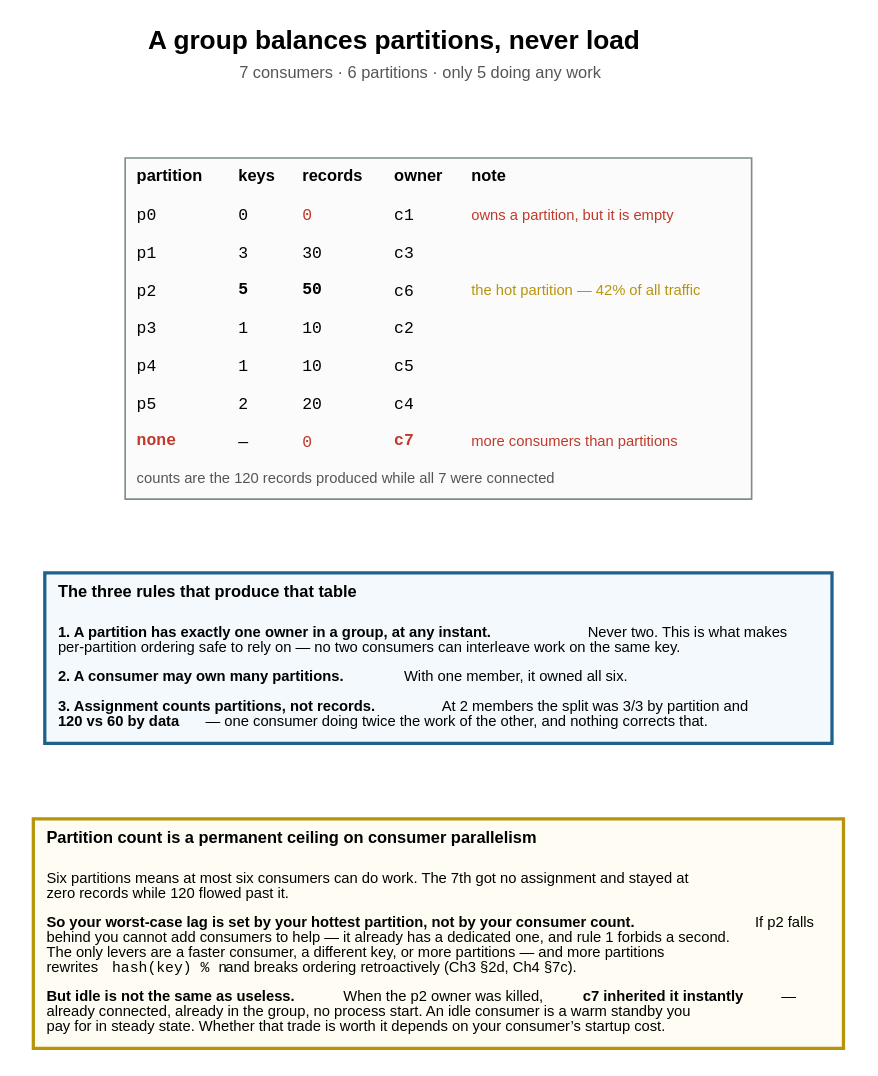
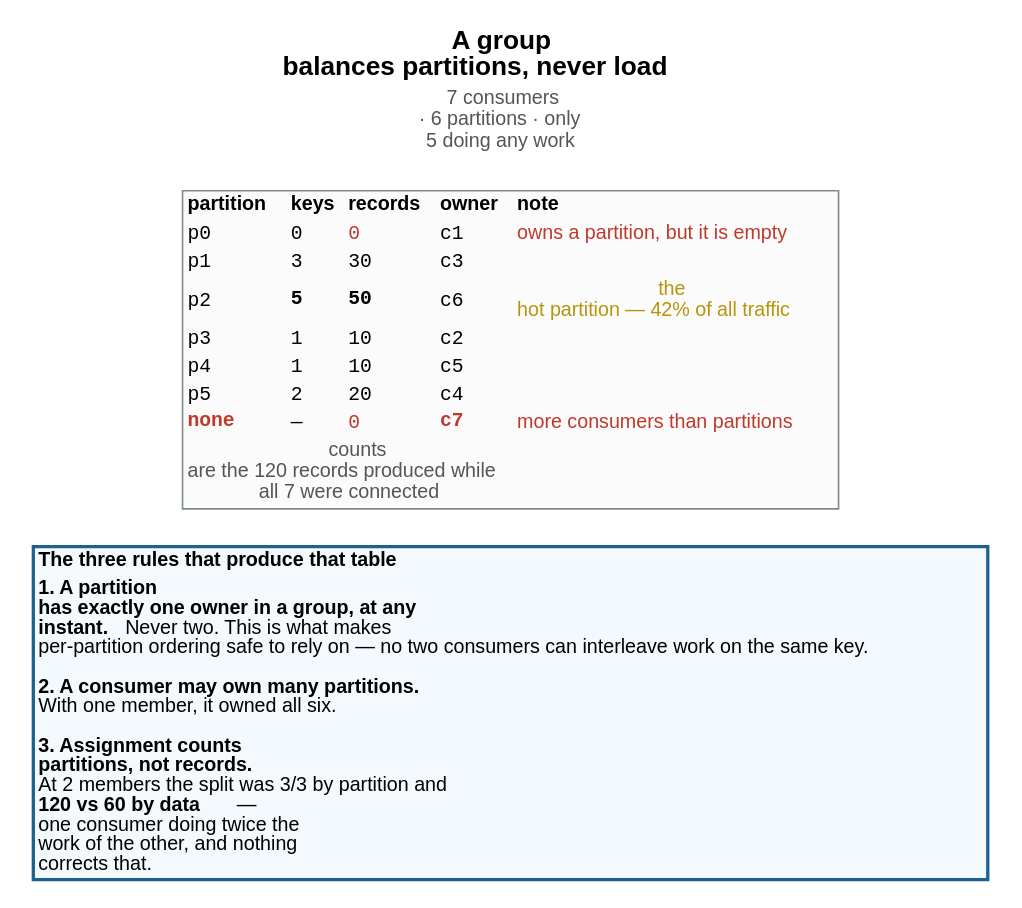
Before and after one commit to fiberoptix/home-lab-setup: the diagram in education/diagrams/ch05_fig1_assignment.dot, drawn with Graphviz. The commit also changed 85 other files, not shown here.

```diff
--- a/education/diagrams/ch05_fig1_assignment.dot
+++ b/education/diagrams/ch05_fig1_assignment.dot
@@ -1,60 +1,55 @@
 // Chapter 5, Figure 1 — how a consumer group assigns partitions, and the two
 // ways a consumer ends up doing nothing. Measured 3 Aug 2026 on `orders`
 // (6 partitions) with the group `oms-processor` grown from 1 to 7 members.
 //
 // Render:
 //   dot -Tpng -Gdpi=150 ch05_fig1_assignment.dot -o ../images/ch05_fig1_assignment.png
 
 digraph assignment {
+  ranksep=0.2;
+  nodesep=0.12;
   rankdir=TB;
   bgcolor="white";
-  node  [fontname="Helvetica", fontsize=10, shape=box, style="filled,rounded", penwidth=1.2];
-  edge  [fontname="Helvetica", fontsize=9];
+  node  [fontname="Helvetica", fontsize=12, shape=box, style="filled,rounded", penwidth=1.2];
+  edge  [fontname="Helvetica", fontsize=12];
   graph [fontname="Helvetica", fontsize=11];
 
   title [shape=plaintext, style="", fillcolor="none", label=<
     <TABLE BORDER="0" CELLBORDER="0" CELLSPACING="0">
-      <TR><TD><FONT POINT-SIZE="16"><B>A group balances partitions, never load</B></FONT></TD></TR>
-      <TR><TD><FONT POINT-SIZE="10" COLOR="#555555">7 consumers &#183; 6 partitions &#183; only 5 doing any work</FONT></TD></TR>
+      <TR><TD><FONT POINT-SIZE="16"><B>A group<BR/>balances partitions, never load</B></FONT></TD></TR>
+      <TR><TD><FONT POINT-SIZE="12" COLOR="#555555">7 consumers<BR/>&#183; 6 partitions &#183; only<BR/>5 doing any work</FONT></TD></TR>
     </TABLE>>];
 
   grid [shape=plaintext, style="", fillcolor="none", label=<
-    <TABLE BORDER="1" CELLBORDER="0" CELLSPACING="0" CELLPADDING="6" COLOR="#7f8c8d" BGCOLOR="#fbfbfb">
+    <TABLE BORDER="1" CELLBORDER="0" CELLSPACING="0" CELLPADDING="2" COLOR="#7f8c8d" BGCOLOR="#fbfbfb">
       <TR><TD ALIGN="LEFT"><B>partition</B></TD><TD ALIGN="LEFT"><B>keys</B></TD>
           <TD ALIGN="LEFT"><B>records</B></TD><TD ALIGN="LEFT"><B>owner</B></TD><TD ALIGN="LEFT"><B>note</B></TD></TR>
       <TR><TD ALIGN="LEFT"><FONT FACE="Courier">p0</FONT></TD><TD ALIGN="LEFT"><FONT FACE="Courier">0</FONT></TD>
           <TD ALIGN="LEFT"><FONT FACE="Courier" COLOR="#c0392b">0</FONT></TD><TD ALIGN="LEFT"><FONT FACE="Courier">c1</FONT></TD>
-          <TD ALIGN="LEFT"><FONT POINT-SIZE="9" COLOR="#c0392b">owns a partition, but it is empty</FONT></TD></TR>
+          <TD ALIGN="LEFT"><FONT POINT-SIZE="12" COLOR="#c0392b">owns a partition, but it is empty</FONT></TD></TR>
       <TR><TD ALIGN="LEFT"><FONT FACE="Courier">p1</FONT></TD><TD ALIGN="LEFT"><FONT FACE="Courier">3</FONT></TD>
           <TD ALIGN="LEFT"><FONT FACE="Courier">30</FONT></TD><TD ALIGN="LEFT"><FONT FACE="Courier">c3</FONT></TD><TD> </TD></TR>
       <TR><TD ALIGN="LEFT"><FONT FACE="Courier">p2</FONT></TD><TD ALIGN="LEFT"><FONT FACE="Courier"><B>5</B></FONT></TD>
           <TD ALIGN="LEFT"><FONT FACE="Courier"><B>50</B></FONT></TD><TD ALIGN="LEFT"><FONT FACE="Courier">c6</FONT></TD>
-          <TD ALIGN="LEFT"><FONT POINT-SIZE="9" COLOR="#b7950b">the hot partition &#8212; 42% of all traffic</FONT></TD></TR>
+          <TD ALIGN="LEFT"><FONT POINT-SIZE="12" COLOR="#b7950b">the<BR/>hot partition &#8212; 42% of all traffic</FONT></TD></TR>
       <TR><TD ALIGN="LEFT"><FONT FACE="Courier">p3</FONT></TD><TD ALIGN="LEFT"><FONT FACE="Courier">1</FONT></TD>
           <TD ALIGN="LEFT"><FONT FACE="Courier">10</FONT></TD><TD ALIGN="LEFT"><FONT FACE="Courier">c2</FONT></TD><TD> </TD></TR>
       <TR><TD ALIGN="LEFT"><FONT FACE="Courier">p4</FONT></TD><TD ALIGN="LEFT"><FONT FACE="Courier">1</FONT></TD>
           <TD ALIGN="LEFT"><FONT FACE="Courier">10</FONT></TD><TD ALIGN="LEFT"><FONT FACE="Courier">c5</FONT></TD><TD> </TD></TR>
       <TR><TD ALIGN="LEFT"><FONT FACE="Courier">p5</FONT></TD><TD ALIGN="LEFT"><FONT FACE="Courier">2</FONT></TD>
           <TD ALIGN="LEFT"><FONT FACE="Courier">20</FONT></TD><TD ALIGN="LEFT"><FONT FACE="Courier">c4</FONT></TD><TD> </TD></TR>
       <TR><TD ALIGN="LEFT"><FONT FACE="Courier" COLOR="#c0392b"><B>none</B></FONT></TD><TD ALIGN="LEFT"><FONT FACE="Courier">&#8212;</FONT></TD>
           <TD ALIGN="LEFT"><FONT FACE="Courier" COLOR="#c0392b">0</FONT></TD><TD ALIGN="LEFT"><FONT FACE="Courier" COLOR="#c0392b"><B>c7</B></FONT></TD>
-          <TD ALIGN="LEFT"><FONT POINT-SIZE="9" COLOR="#c0392b">more consumers than partitions</FONT></TD></TR>
-      <TR><TD COLSPAN="5" ALIGN="LEFT"><FONT POINT-SIZE="9" COLOR="#555555">counts are the 120 records produced while all 7 were connected</FONT></TD></TR>
+          <TD ALIGN="LEFT"><FONT POINT-SIZE="12" COLOR="#c0392b">more consumers than partitions</FONT></TD></TR>
+      <TR><TD COLSPAN="5" ALIGN="LEFT"><FONT POINT-SIZE="12" COLOR="#555555">counts<BR/>are the 120 records produced while<BR/>all 7 were connected</FONT></TD></TR>
     </TABLE>>];
 
   rules [shape=plaintext, style="", fillcolor="none", label=<
-    <TABLE BORDER="2" CELLBORDER="0" CELLSPACING="0" CELLPADDING="7" COLOR="#1f618d" BGCOLOR="#f4f9fd">
+    <TABLE BORDER="2" CELLBORDER="0" CELLSPACING="0" CELLPADDING="2" COLOR="#1f618d" BGCOLOR="#f4f9fd">
       <TR><TD ALIGN="LEFT" BALIGN="LEFT"><B>The three rules that produce that table</B></TD></TR>
-      <TR><TD ALIGN="LEFT" BALIGN="LEFT"><FONT POINT-SIZE="9"><B>1. A partition has exactly one owner in a group, at any instant.</B> Never two. This is what makes<BR/>per-partition ordering safe to rely on &#8212; no two consumers can interleave work on the same key.<BR/><BR/><B>2. A consumer may own many partitions.</B> With one member, it owned all six.<BR/><BR/><B>3. Assignment counts partitions, not records.</B> At 2 members the split was 3/3 by partition and<BR/><B>120 vs 60 by data</B> &#8212; one consumer doing twice the work of the other, and nothing corrects that.</FONT></TD></TR>
-    </TABLE>>];
-
-  ceiling [shape=plaintext, style="", fillcolor="none", label=<
-    <TABLE BORDER="2" CELLBORDER="0" CELLSPACING="0" CELLPADDING="7" COLOR="#b7950b" BGCOLOR="#fffdf3">
-      <TR><TD ALIGN="LEFT" BALIGN="LEFT"><B>Partition count is a permanent ceiling on consumer parallelism</B></TD></TR>
-      <TR><TD ALIGN="LEFT" BALIGN="LEFT"><FONT POINT-SIZE="9">Six partitions means at most six consumers can do work. The 7th got no assignment and stayed at<BR/>zero records while 120 flowed past it.<BR/><BR/><B>So your worst-case lag is set by your hottest partition, not by your consumer count.</B> If p2 falls<BR/>behind you cannot add consumers to help &#8212; it already has a dedicated one, and rule 1 forbids a second.<BR/>The only levers are a faster consumer, a different key, or more partitions &#8212; and more partitions<BR/>rewrites <FONT FACE="Courier">hash(key) % n</FONT> and breaks ordering retroactively (Ch3 &#167;2d, Ch4 &#167;7c).<BR/><BR/><B>But idle is not the same as useless.</B> When the p2 owner was killed, <B>c7 inherited it instantly</B> &#8212;<BR/>already connected, already in the group, no process start. An idle consumer is a warm standby you<BR/>pay for in steady state. Whether that trade is worth it depends on your consumer&#8217;s startup cost.</FONT></TD></TR>
+      <TR><TD ALIGN="LEFT" BALIGN="LEFT"><FONT POINT-SIZE="12"><B>1. A partition<BR/>has exactly one owner in a group, at any<BR/>instant.</B> Never two. This is what makes<BR/>per-partition ordering safe to rely on &#8212; no two consumers can interleave work on the same key.<BR/><BR/><B>2. A consumer may own many partitions.</B><BR/>With one member, it owned all six.<BR/><BR/><B>3. Assignment counts<BR/>partitions, not records.</B><BR/>At 2 members the split was 3/3 by partition and<BR/><B>120 vs 60 by data</B> &#8212;<BR/>one consumer doing twice the<BR/>work of the other, and nothing<BR/>corrects that.</FONT></TD></TR>
     </TABLE>>];
 
   title -> grid [style=invis];
   grid -> rules [style=invis];
-  rules -> ceiling [style=invis];
 }
```
